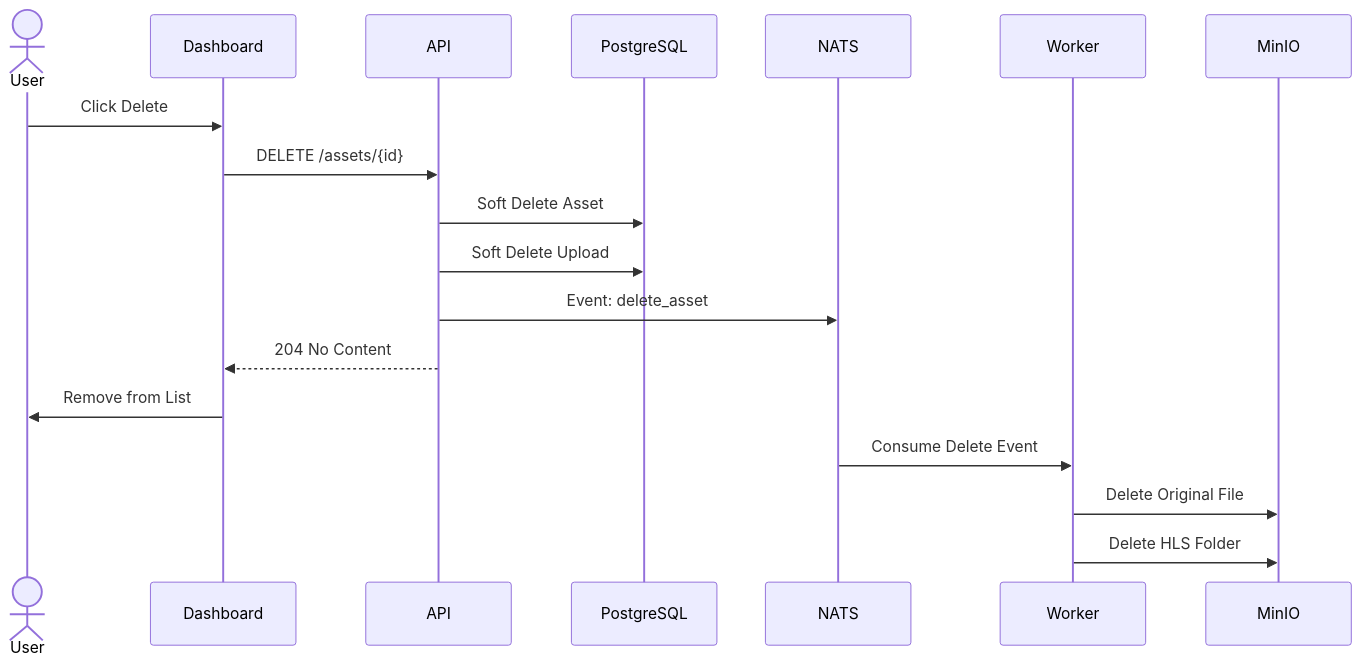
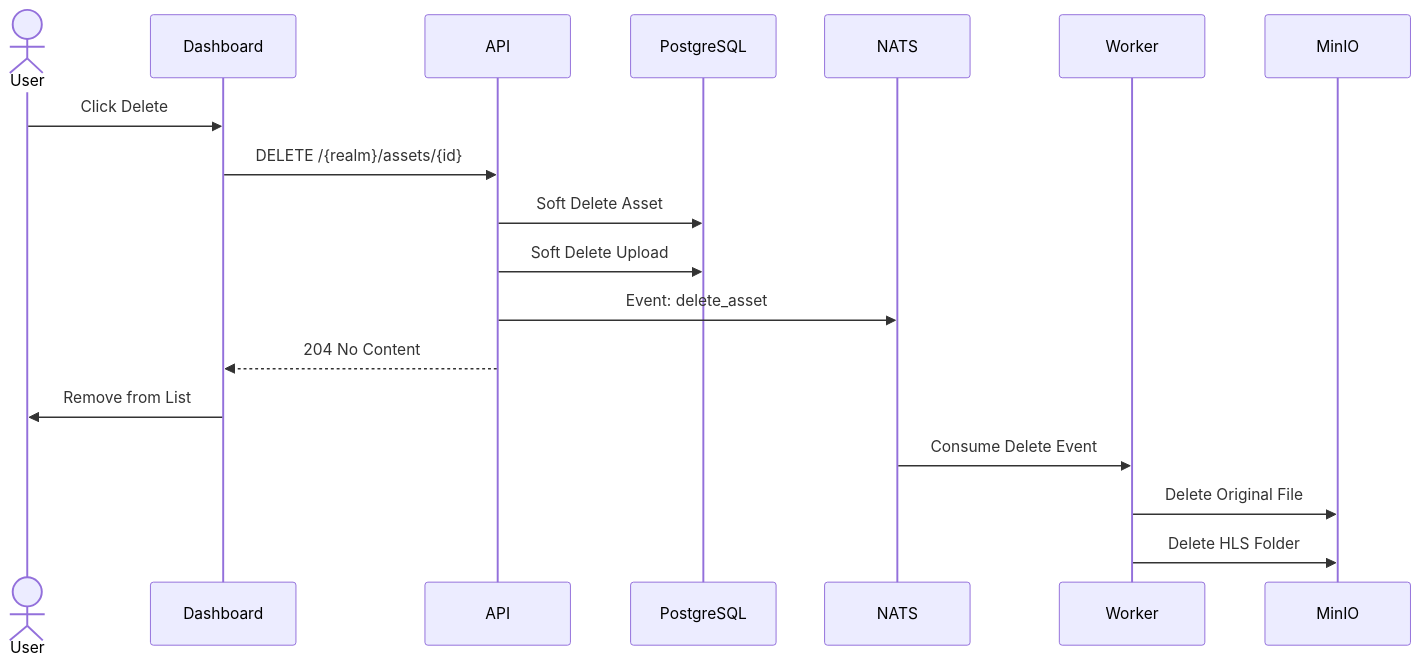
One commit to OZIOisgood/gamma changed the fourth of 4 diagrams in README.md. Above: the diagram before and after it, drawn with Mermaid. The commit also changed other lines of this file and 69 other files, not shown here.

````diff
--- a/README.md
+++ b/README.md
@@ -128,22 +184,22 @@
 ```mermaid
 sequenceDiagram
     actor User
     participant Dash as Dashboard
     participant API
     participant DB as PostgreSQL
     participant NATS
     participant Worker
     participant S3 as MinIO
 
     User->>Dash: Click Delete
-    Dash->>API: DELETE /assets/{id}
+    Dash->>API: DELETE /{realm}/assets/{id}
     API->>DB: Soft Delete Asset
     API->>DB: Soft Delete Upload
     API->>NATS: Event: delete_asset
     API-->>Dash: 204 No Content
     Dash->>User: Remove from List
     
     NATS->>Worker: Consume Delete Event
     Worker->>S3: Delete Original File
     Worker->>S3: Delete HLS Folder
 ```
````
